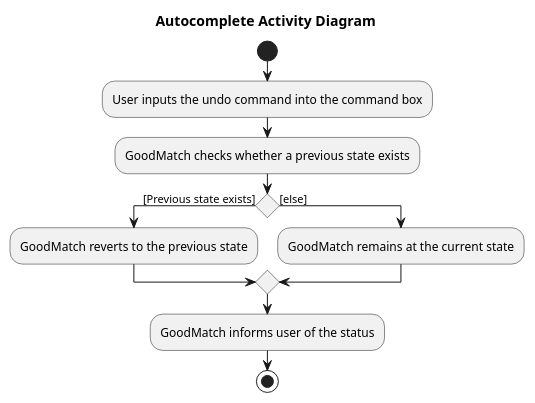
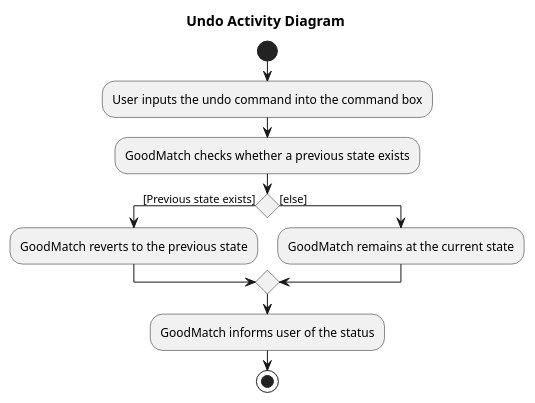
One commit to nus-cs2103-AY2223S2/tp changed the diagram in docs/diagrams/UndoActivityDiagram.puml. Above: the diagram before and after it, drawn with PlantUML. The commit also changed 4 other files, not shown here.

Commit message:
Add diagrams to dg

```diff
--- a/docs/diagrams/UndoActivityDiagram.puml
+++ b/docs/diagrams/UndoActivityDiagram.puml
@@ -1,14 +1,14 @@
 @startuml
-title Autocomplete Activity Diagram
+title Undo Activity Diagram
 
 start
 :User inputs the undo command into the command box;
 :GoodMatch checks whether a previous state exists;
 if () then ([Previous state exists])
   :GoodMatch reverts to the previous state;
 else ([else])
   :GoodMatch remains at the current state;
 endif
 :GoodMatch informs user of the status;
 stop
 @enduml
```
